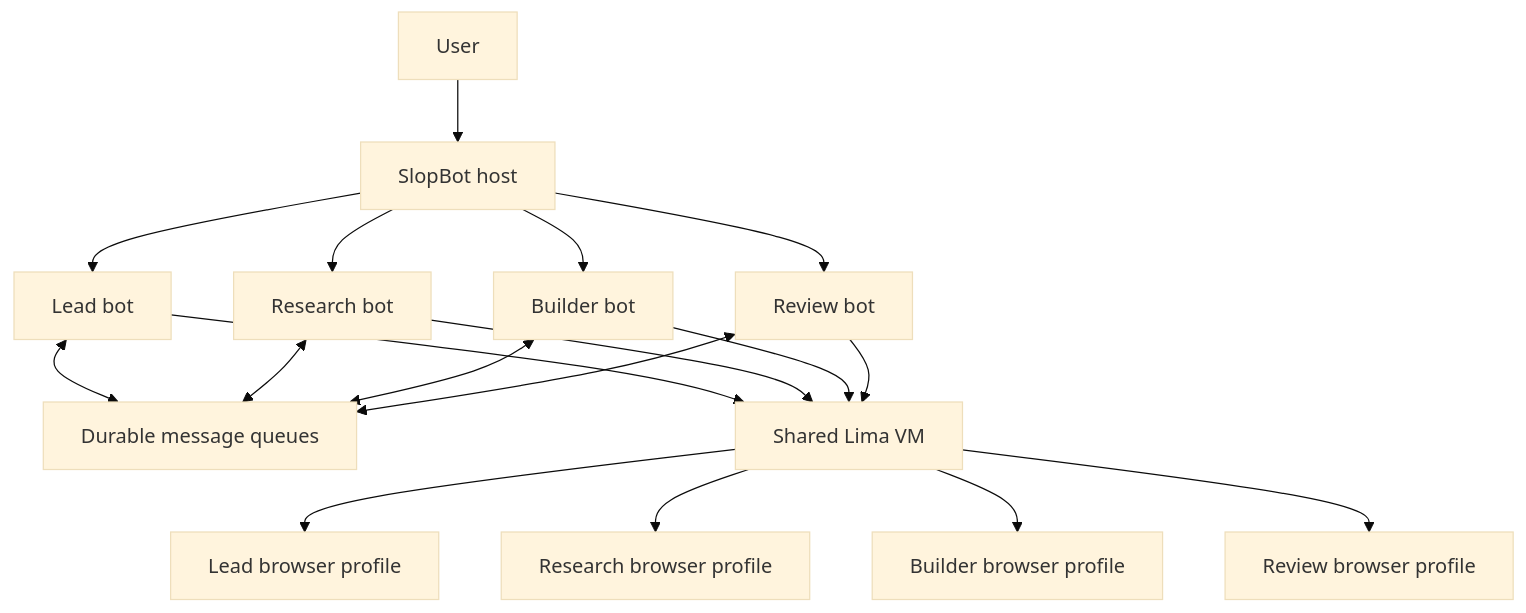
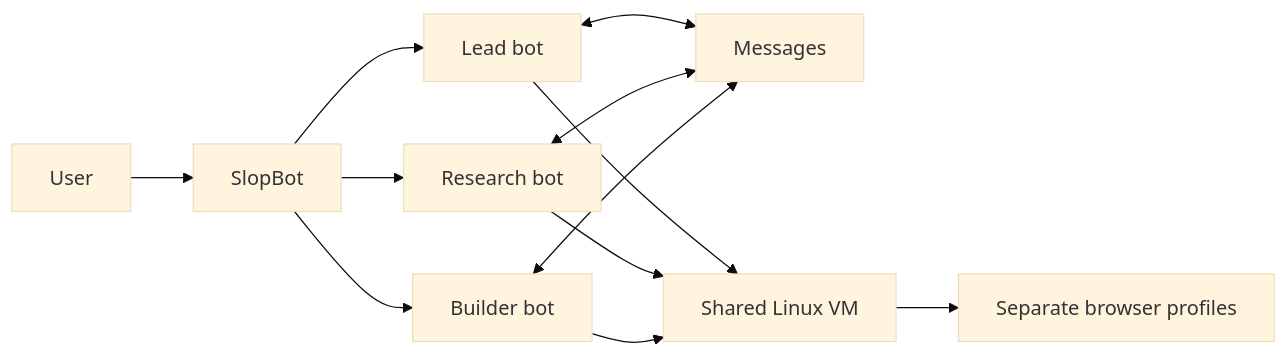
Before and after one commit to simonbalfe/slopbot: the diagram in docs/roadmap.md, drawn with Mermaid (base theme). The commit also changed other lines of this file and 7 other files, not shown here.

````diff
--- a/docs/roadmap.md
+++ b/docs/roadmap.md
@@ -58,20 +11,14 @@
 ```mermaid
-flowchart TB
-    U[User] --> H[SlopBot host]
-    H --> L[Lead bot]
-    H --> R[Research bot]
-    H --> B[Builder bot]
-    H --> Q[Review bot]
-    L <--> M[Durable message queues]
-    R <--> M
+flowchart LR
+    U[User] --> S[SlopBot]
+    S --> A[Lead bot]
+    S --> B[Research bot]
+    S --> C[Builder bot]
+    A <--> M[Messages]
     B <--> M
-    Q <--> M
-    L --> V[Shared Lima VM]
-    R --> V
+    C <--> M
+    A --> V[Shared Linux VM]
     B --> V
-    Q --> V
-    V --> LP[Lead browser profile]
-    V --> RP[Research browser profile]
-    V --> BP[Builder browser profile]
-    V --> QP[Review browser profile]
+    C --> V
+    V --> P[Separate browser profiles]
 ```
````
